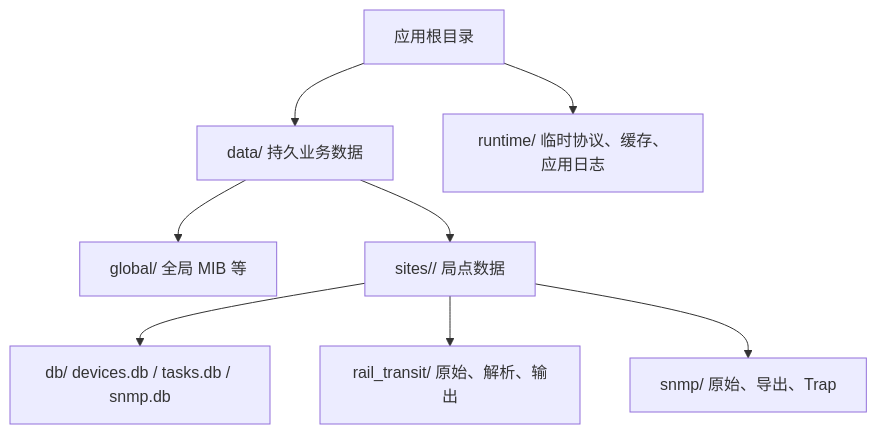
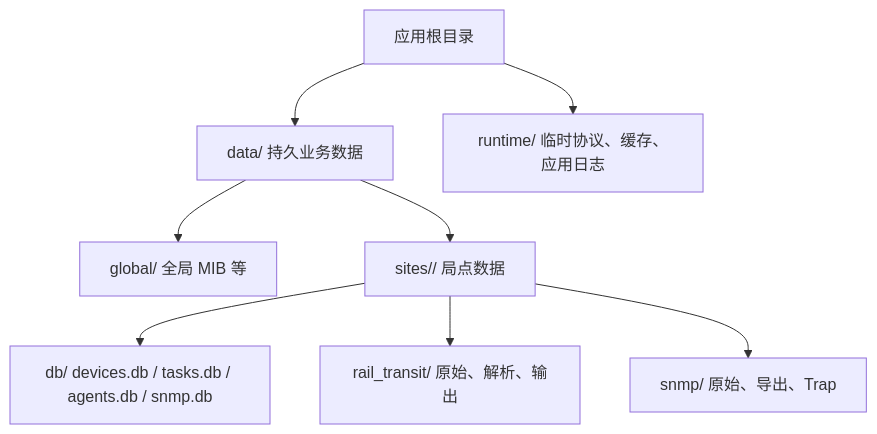
The fifth of 6 diagrams in docs/ARCHITECTURE.md (wxj183589/NetConsole), drawn with Mermaid before and after one commit. The commit also changed other lines of this file and 41 other files, not shown here.

````diff
--- a/docs/ARCHITECTURE.md
+++ b/docs/ARCHITECTURE.md
@@ -115,10 +116,10 @@
 ```mermaid
 flowchart TD
     ROOT["应用根目录"] --> DATA["data/ 持久业务数据"]
     ROOT --> RUN["runtime/ 临时协议、缓存、应用日志"]
     DATA --> GLOBAL["global/ 全局 MIB 等"]
     DATA --> SITES["sites/<site>/ 局点数据"]
-    SITES --> DB["db/ devices.db / tasks.db / snmp.db"]
+    SITES --> DB["db/ devices.db / tasks.db / agents.db / snmp.db"]
     SITES --> RAIL["rail_transit/ 原始、解析、输出"]
     SITES --> SNMP["snmp/ 原始、导出、Trap"]
 ```
````
